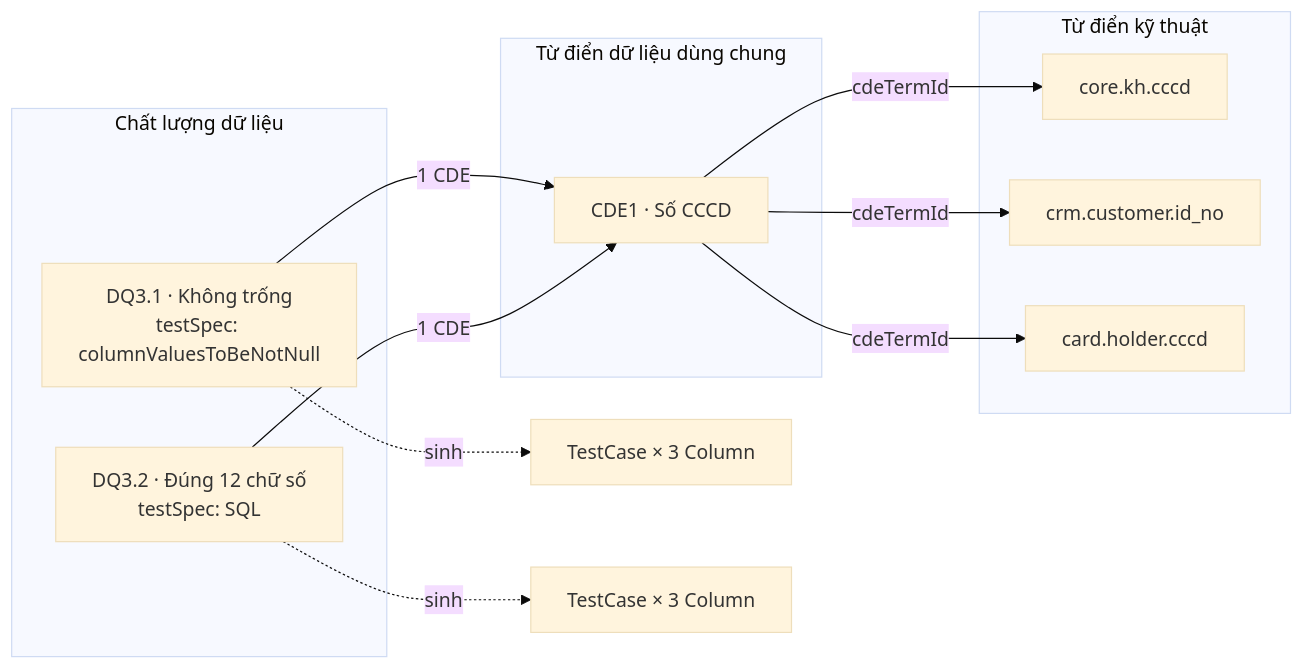
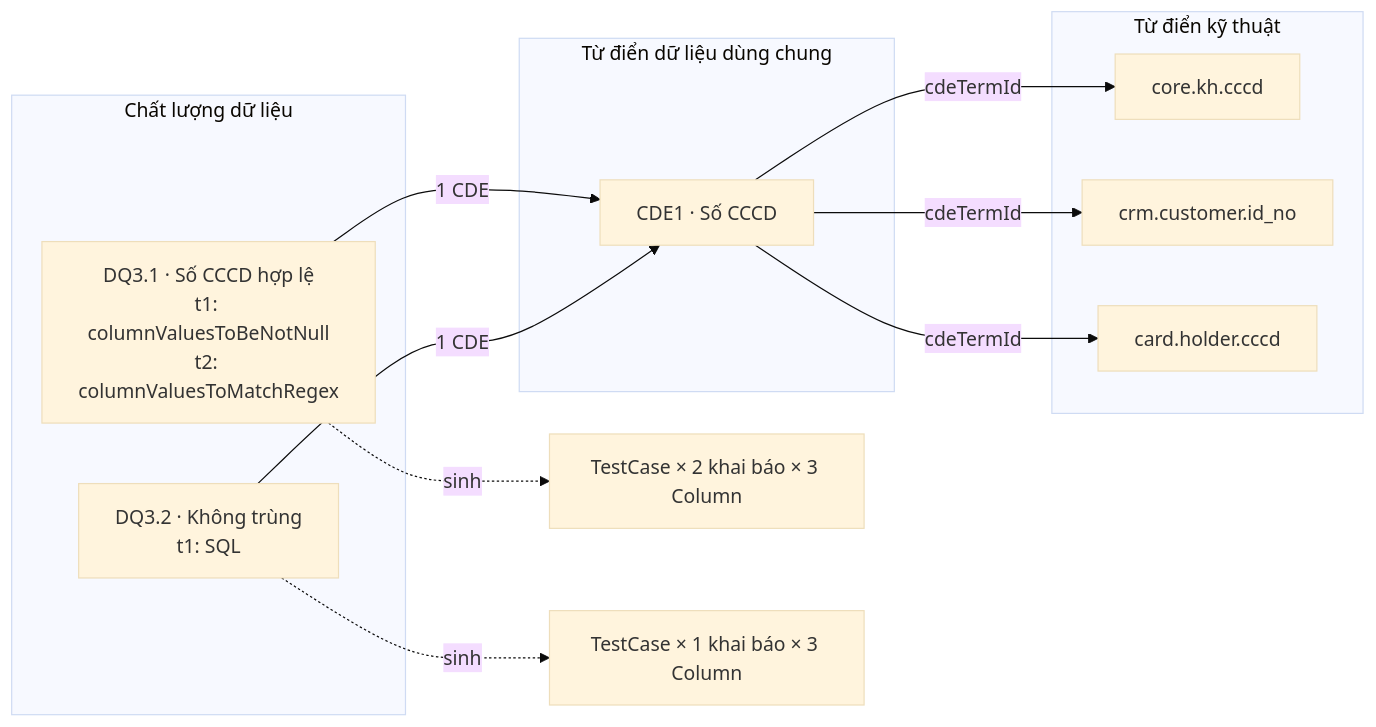
Before and after one commit to dinhphu2k1-gif/OpenMetadata: the diagram in docs/design/dq-rule-test-execution-design.md, drawn with Mermaid (base theme). The commit also changed other lines of this file and 1 other file, not shown here.

Commit message:
docs: design and plan for DQ rule test execution

````diff
--- a/docs/design/dq-rule-test-execution-design.md
+++ b/docs/design/dq-rule-test-execution-design.md
@@ -44,20 +47,20 @@
 ```mermaid
 flowchart LR
   subgraph DQ[Chất lượng dữ liệu]
-    R1[DQ3.1 · Không trống<br/>testSpec: columnValuesToBeNotNull]
-    R2[DQ3.2 · Đúng 12 chữ số<br/>testSpec: SQL]
+    R1[DQ3.1 · Số CCCD hợp lệ<br/>t1: columnValuesToBeNotNull<br/>t2: columnValuesToMatchRegex]
+    R2[DQ3.2 · Không trùng<br/>t1: SQL]
   end
   subgraph DD[Từ điển dữ liệu dùng chung]
     C[CDE1 · Số CCCD]
   end
   subgraph TD[Từ điển kỹ thuật]
     K1[core.kh.cccd]
     K2[crm.customer.id_no]
     K3[card.holder.cccd]
   end
   R1 -- 1 CDE --> C
   R2 -- 1 CDE --> C
   C -- cdeTermId --> K1 & K2 & K3
-  R1 -. sinh .-> T11[TestCase × 3 Column]
-  R2 -. sinh .-> T21[TestCase × 3 Column]
+  R1 -. sinh .-> T11[TestCase × 2 khai báo × 3 Column]
+  R2 -. sinh .-> T21[TestCase × 1 khai báo × 3 Column]
 ```
````
